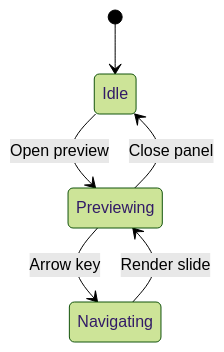
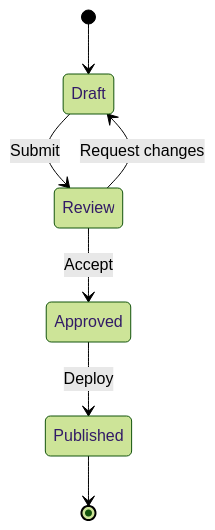
The third of 9 diagrams in examples/test.md (kanad13/mermaid-slideshow-extension), drawn with Mermaid (forest theme) before and after one commit. The commit also changed other lines of this file and 9 other files, not shown here.

````diff
--- a/examples/test.md
+++ b/examples/test.md
@@ -33,8 +32,9 @@
 ```mermaid
 stateDiagram-v2
-    [*] --> Idle
-    Idle --> Previewing: Open preview
-    Previewing --> Navigating: Arrow key
-    Navigating --> Previewing: Render slide
-    Previewing --> Idle: Close panel
+    [*] --> Draft
+    Draft --> Review: Submit
+    Review --> Approved: Accept
+    Review --> Draft: Request changes
+    Approved --> Published: Deploy
+    Published --> [*]
 ```
````
